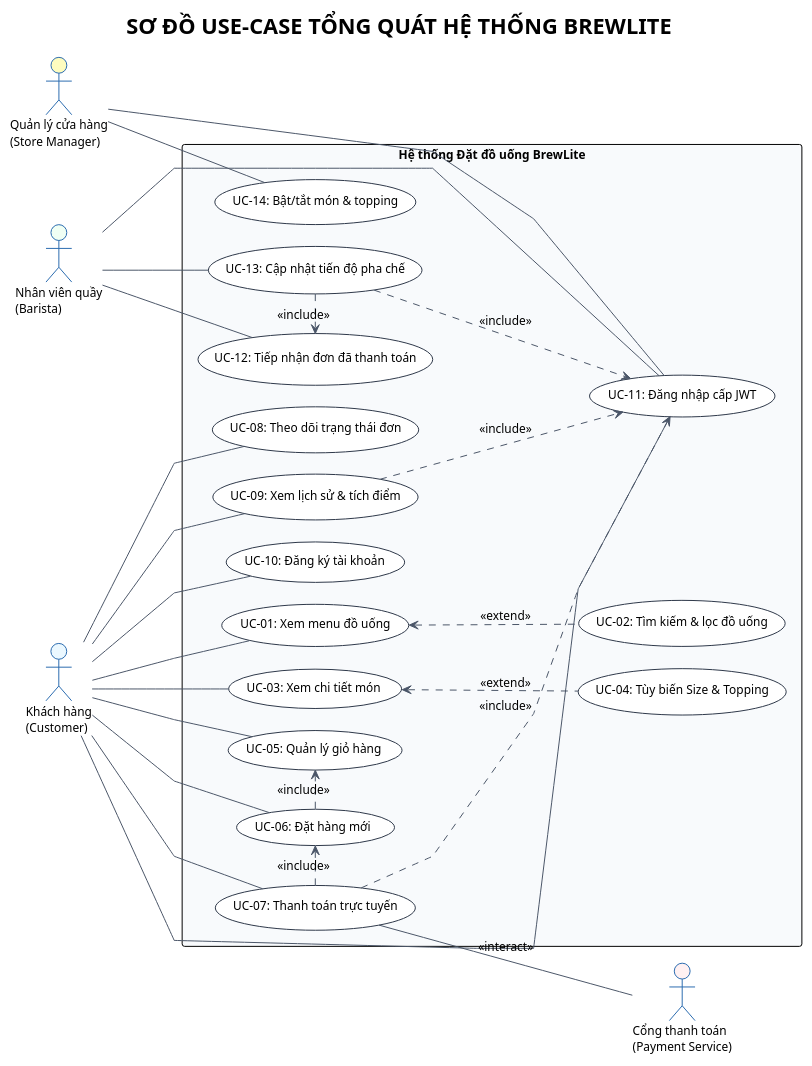
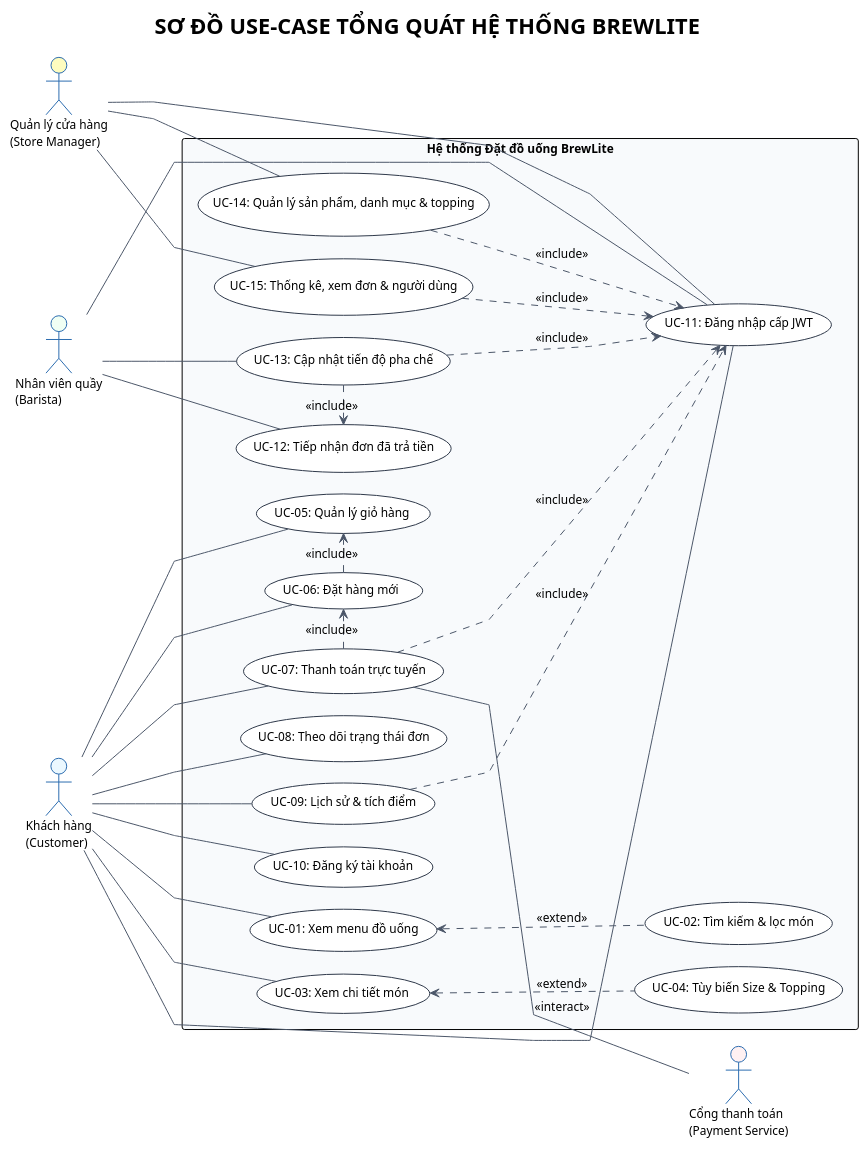
One commit to Phucdang-gif/Assignment2 changed the diagram in docs/diagrams/usecase-general.puml. Above: the diagram before and after it, drawn with PlantUML. The commit also changed 3 other files, not shown here.

Commit message:
docs(diagrams): sync PUML sources with updated SVG/PNG diagrams and codebase

```diff
--- a/docs/diagrams/usecase-general.puml
+++ b/docs/diagrams/usecase-general.puml
@@ -1,105 +1,110 @@
 @startuml usecase-brewlite
 !theme plain
 left to right direction
 
 skinparam linetype polyline
 skinparam actorStyle stickman
 skinparam shadowing false
 skinparam defaultFontName "Segoe UI", Arial, sans-serif
 skinparam defaultFontSize 12
 skinparam nodesep 22
 skinparam ranksep 90
 
 skinparam usecase {
     BackgroundColor #FFFFFF
     BorderColor #2D3748
     ArrowColor #4A5568
 }
 
 skinparam actor {
     BackgroundColor #EDF2F7
     BorderColor #2B6CB0
 }
 
 title SƠ ĐỒ USE-CASE TỔNG QUÁT HỆ THỐNG BREWLITE
 
 ' ==================== ACTORS (NGƯỜI QUE) ====================
 actor "Khách hàng\n(Customer)" as Customer #EBF8FF
 actor "Nhân viên quầy\n(Barista)" as Barista #F0FFF4
 actor "Quản lý cửa hàng\n(Store Manager)" as Manager #FEFCBF
 actor "Cổng thanh toán\n(Payment Service)" as PaymentService #FFF1F2
 
 ' ==================== KHUNG HỆ THỐNG ====================
 rectangle "Hệ thống Đặt đồ uống BrewLite" as BrewLiteSystem #F8FAFC {
 
   ' CỘT 1: Use-case chính (Xếp thứ tự từ trên xuống dưới theo từng Actor)
   usecase "UC-10: Đăng ký tài khoản" as UC_Register
   usecase "UC-01: Xem menu đồ uống" as UC_Menu
   usecase "UC-03: Xem chi tiết món" as UC_Detail
   usecase "UC-05: Quản lý giỏ hàng" as UC_Cart
   usecase "UC-06: Đặt hàng mới" as UC_Order
   usecase "UC-07: Thanh toán trực tuyến" as UC_Payment
   usecase "UC-08: Theo dõi trạng thái đơn" as UC_Tracking
-  usecase "UC-09: Xem lịch sử & tích điểm" as UC_History
+  usecase "UC-09: Lịch sử & tích điểm" as UC_History
 
-  usecase "UC-12: Tiếp nhận đơn đã thanh toán" as UC_ReceiveOrder
+  usecase "UC-12: Tiếp nhận đơn đã trả tiền" as UC_ReceiveOrder
   usecase "UC-13: Cập nhật tiến độ pha chế" as UC_UpdateStatus
 
-  usecase "UC-14: Bật/tắt món & topping" as UC_ManageItems
+  usecase "UC-14: Quản lý sản phẩm, danh mục & topping" as UC_ManageItems
+  usecase "UC-15: Thống kê, xem đơn & người dùng" as UC_AdminOrders
 
   ' CỘT 2: Use-case mở rộng & xác thực (Nằm ngay cạnh Use-case gốc ở bên phải)
-  usecase "UC-02: Tìm kiếm & lọc đồ uống" as UC_Search
+  usecase "UC-02: Tìm kiếm & lọc món" as UC_Search
   usecase "UC-04: Tùy biến Size & Topping" as UC_Customize
   usecase "UC-11: Đăng nhập cấp JWT" as UC_Login
 
   ' Ép thứ tự cột 1 từ trên xuống để không bị nhảy lộn xộn
   UC_Register -[hidden]right- UC_Menu
   UC_Menu -[hidden]right- UC_Detail
   UC_Detail -[hidden]right- UC_Cart
   UC_Cart -[hidden]right- UC_Order
   UC_Order -[hidden]right- UC_Payment
   UC_Payment -[hidden]right- UC_Tracking
   UC_Tracking -[hidden]right- UC_History
   UC_History -[hidden]right- UC_ReceiveOrder
   UC_ReceiveOrder -[hidden]right- UC_UpdateStatus
   UC_UpdateStatus -[hidden]right- UC_ManageItems
+  UC_ManageItems -[hidden]right- UC_AdminOrders
   ' ==================== QUAN HỆ INCLUDE / EXTEND (ĐI NGANG SANG CỘT 2) ====================
   UC_Menu <.. UC_Search : <<extend>>
   UC_Detail <.. UC_Customize : <<extend>>
 
   ' Quan hệ dọc cùng cột 1 (ngắn gọn, liền kề)
   UC_Order .> UC_Cart : <<include>>
   UC_Payment .> UC_Order : <<include>>
   UC_UpdateStatus .> UC_ReceiveOrder : <<include>>
 
   ' Quan hệ đi ngang sang UC-11 ở cột 2
   UC_Payment ..> UC_Login : <<include>>
   UC_History ..> UC_Login : <<include>>
   UC_UpdateStatus ..> UC_Login : <<include>>
+  UC_ManageItems ..> UC_Login : <<include>>
+  UC_AdminOrders ..> UC_Login : <<include>>
 }
 
 ' ==================== ĐƯỜNG NỐI THẲNG KHÔNG MŨI TÊN (ACTOR -- USECASE) ====================
 ' Khách hàng
 Customer -- UC_Register
 Customer -- UC_Menu
 Customer -- UC_Detail
 Customer -- UC_Cart
 Customer -- UC_Order
 Customer -- UC_Payment
 Customer -- UC_Tracking
 Customer -- UC_History
 Customer -- UC_Login
 
 ' Nhân viên quầy
 Barista -- UC_ReceiveOrder
 Barista -- UC_UpdateStatus
 Barista -- UC_Login
 
 ' Quản lý cửa hàng
 Manager -- UC_ManageItems
+Manager -- UC_AdminOrders
 Manager -- UC_Login
 
 ' Cổng thanh toán (Đặt bên phải hệ thống)
 UC_Payment -- PaymentService : <<interact>>
 
 @enduml
```
